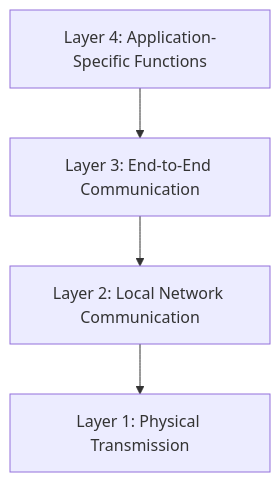
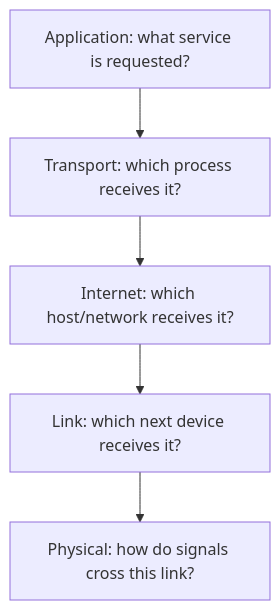
One commit to vanshbaranwal/backend-projects changed the first of 11 diagrams in computer-network/02-network-models/network-models.md. Above: the diagram before and after it, drawn with Mermaid. The commit also changed other lines of this file and 2 other files, not shown here.

Commit message:
docs(networking): refine notes, analogies, and diagrams

````diff
--- a/computer-network/02-network-models/network-models.md
+++ b/computer-network/02-network-models/network-models.md
@@ -32,8 +36,9 @@
 ```mermaid
 flowchart TB
-    A[Layer 4: Application-Specific Functions]
-    B[Layer 3: End-to-End Communication]
-    C[Layer 2: Local Network Communication]
-    D[Layer 1: Physical Transmission]
-    A --> B --> C --> D
+    A[Application: what service is requested?]
+    T[Transport: which process receives it?]
+    I[Internet: which host/network receives it?]
+    L[Link: which next device receives it?]
+    P[Physical: how do signals cross this link?]
+    A --> T --> I --> L --> P
 ```
````
